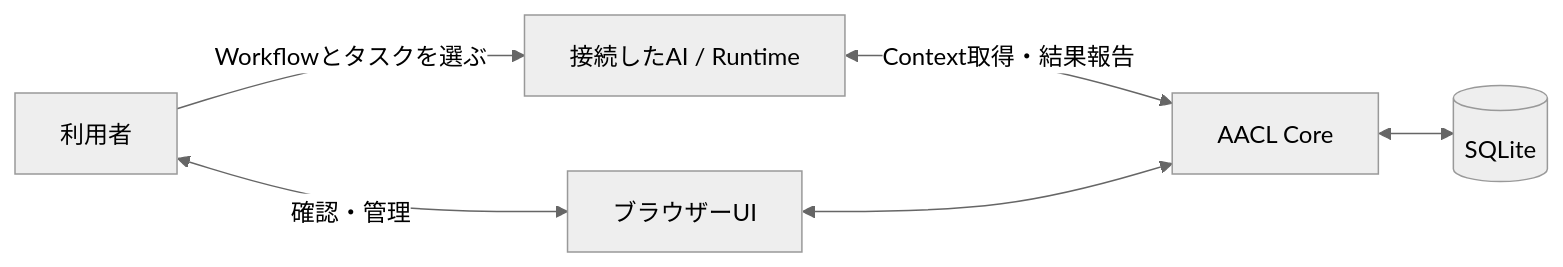
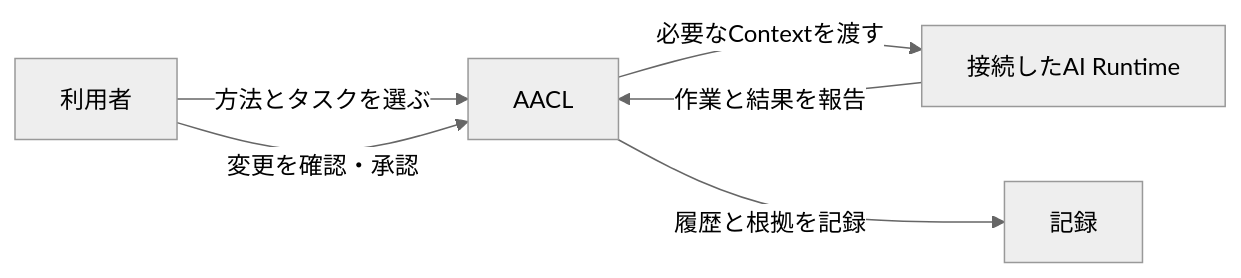
One commit to Memoria-ll/agent-asset-control-layer-personal changed the first of 4 diagrams in README.ja.md. Above: the diagram before and after it, drawn with Mermaid (neutral theme). The commit also changed other lines of this file and 1 other file, not shown here.

First line of the commit message:
docs: focus README on AACL purpose

````diff
--- a/README.ja.md
+++ b/README.ja.md
@@ -9,8 +9,8 @@
 ```mermaid
 flowchart LR
-    User[利用者] -->|Workflowとタスクを選ぶ| AI[接続したAI / Runtime]
-    AI <-->|Context取得・結果報告| Core[AACL Core]
-    Core <--> DB[(SQLite)]
-    User <-->|確認・管理| UI[ブラウザーUI]
-    UI <--> Core
+    User[利用者] -->|方法とタスクを選ぶ| AACL[AACL]
+    AACL -->|必要なContextを渡す| Runtime[接続したAI Runtime]
+    Runtime -->|作業と結果を報告| AACL
+    AACL -->|履歴と根拠を記録| Records[記録]
+    User -->|変更を確認・承認| AACL
 ```
````
